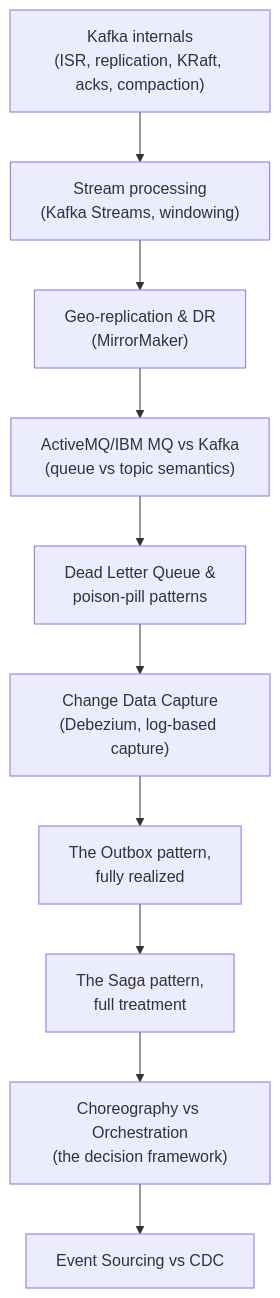
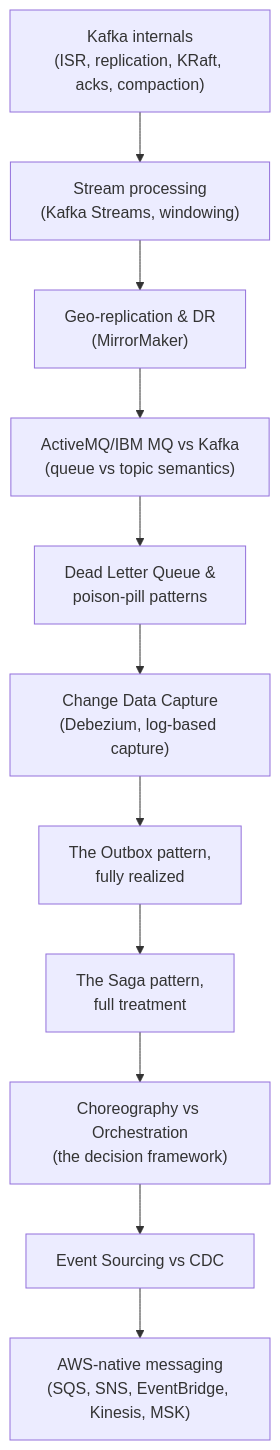
Before and after one commit to audomsak/aws-sa-interview-prep: the diagram in docs/day4/index.md, drawn with Mermaid. The commit also changed other lines of this file and 34 other files, not shown here.

````diff
--- a/docs/day4/index.md
+++ b/docs/day4/index.md
@@ -13,12 +13,13 @@
 ```mermaid
 graph TD
     KI["Kafka internals<br/>(ISR, replication, KRaft, acks, compaction)"] --> SP["Stream processing<br/>(Kafka Streams, windowing)"]
     SP --> DR["Geo-replication & DR<br/>(MirrorMaker)"]
     DR --> CMP["ActiveMQ/IBM MQ vs Kafka<br/>(queue vs topic semantics)"]
     CMP --> DLQ["Dead Letter Queue &<br/>poison-pill patterns"]
     DLQ --> CDC["Change Data Capture<br/>(Debezium, log-based capture)"]
     CDC --> OB["The Outbox pattern,<br/>fully realized"]
     OB --> SAGA["The Saga pattern,<br/>full treatment"]
     SAGA --> CHOR["Choreography vs Orchestration<br/>(the decision framework)"]
     CHOR --> ES["Event Sourcing vs CDC"]
+    ES --> AWS["AWS-native messaging<br/>(SQS, SNS, EventBridge, Kinesis, MSK)"]
 ```
````
